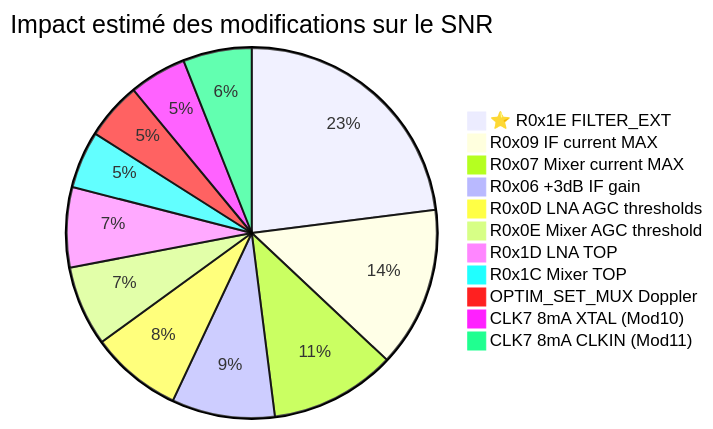
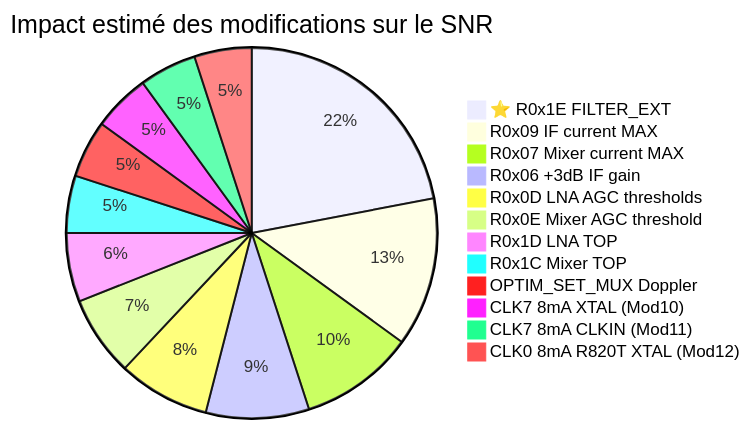
Diagram 16 of 20 in OPTIMIZATION-LEO-SAT-F4TNK.md (f4tnk/airspyone_firmware), drawn with Mermaid before and after one commit. The commit also changed other lines of this file, not shown here.

First line of the commit message:
docs: Mod 12 — SI5351C CLK0 8mA documentation (register table, flowchart, justification)

````diff
--- a/OPTIMIZATION-LEO-SAT-F4TNK.md
+++ b/OPTIMIZATION-LEO-SAT-F4TNK.md
@@ -766,14 +825,15 @@
 ```mermaid
 pie title Impact estimé des modifications sur le SNR
-    "⭐ R0x1E FILTER_EXT" : 23
-    "R0x09 IF current MAX" : 14
-    "R0x07 Mixer current MAX" : 11
+    "⭐ R0x1E FILTER_EXT" : 22
+    "R0x09 IF current MAX" : 13
+    "R0x07 Mixer current MAX" : 10
     "R0x06 +3dB IF gain" : 9
     "R0x0D LNA AGC thresholds" : 8
     "R0x0E Mixer AGC threshold" : 7
-    "R0x1D LNA TOP" : 7
+    "R0x1D LNA TOP" : 6
     "R0x1C Mixer TOP" : 5
     "OPTIM_SET_MUX Doppler" : 5
     "CLK7 8mA XTAL (Mod10)" : 5
-    "CLK7 8mA CLKIN (Mod11)" : 6
+    "CLK7 8mA CLKIN (Mod11)" : 5
+    "CLK0 8mA R820T XTAL (Mod12)" : 5
 ```
````
